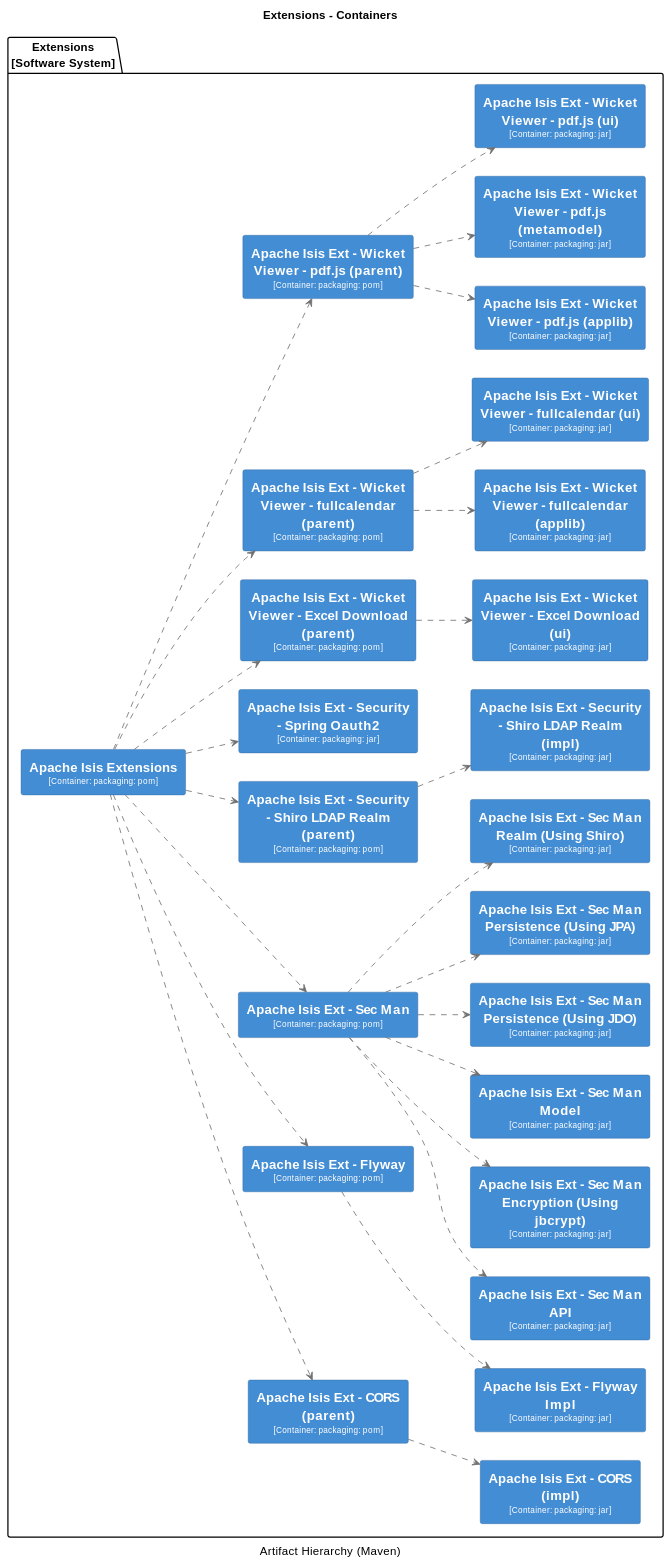
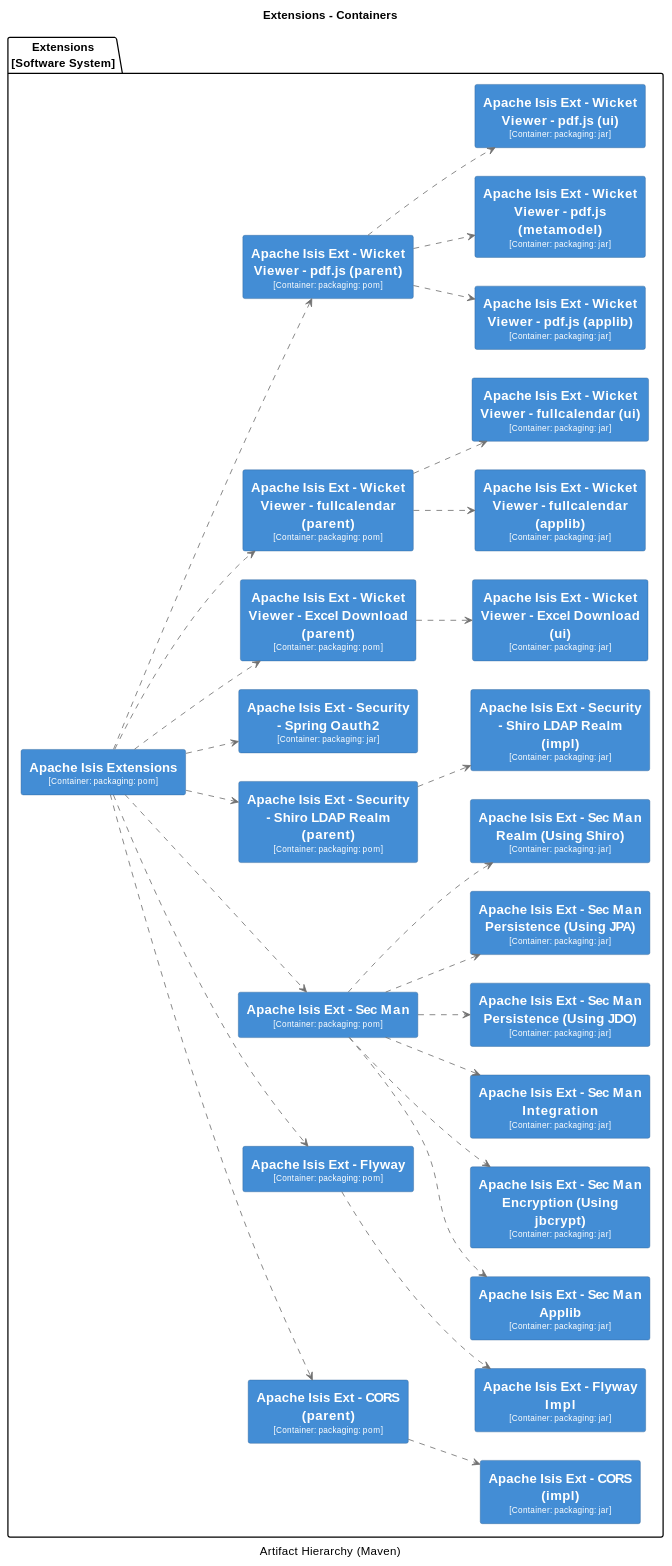
Diagram 24 of 38 in core/adoc/modules/_overview/pages/about.adoc (apache/causeway), drawn with PlantUML before and after one commit. The commit also changed other lines of this file, not shown here.

Commit message:
ISIS-2717: updates projdoc guide

```diff
--- a/core/adoc/modules/_overview/pages/about.adoc
+++ b/core/adoc/modules/_overview/pages/about.adoc
@@ -4060,9 +4076,9 @@
   rectangle "==Apache Isis Ext - Flyway\n<size:10>[Container: packaging: pom]</size>" <<7>> as 7
   rectangle "==Apache Isis Ext - Flyway Impl\n<size:10>[Container: packaging: jar]</size>" <<8>> as 8
   rectangle "==Apache Isis Ext - Sec Man\n<size:10>[Container: packaging: pom]</size>" <<16>> as 16
-  rectangle "==Apache Isis Ext - Sec Man API\n<size:10>[Container: packaging: jar]</size>" <<17>> as 17
+  rectangle "==Apache Isis Ext - Sec Man Applib\n<size:10>[Container: packaging: jar]</size>" <<17>> as 17
   rectangle "==Apache Isis Ext - Sec Man Encryption (Using jbcrypt)\n<size:10>[Container: packaging: jar]</size>" <<18>> as 18
-  rectangle "==Apache Isis Ext - Sec Man Model\n<size:10>[Container: packaging: jar]</size>" <<19>> as 19
+  rectangle "==Apache Isis Ext - Sec Man Integration\n<size:10>[Container: packaging: jar]</size>" <<19>> as 19
   rectangle "==Apache Isis Ext - Sec Man Persistence (Using JDO)\n<size:10>[Container: packaging: jar]</size>" <<20>> as 20
   rectangle "==Apache Isis Ext - Sec Man Persistence (Using JPA)\n<size:10>[Container: packaging: jar]</size>" <<21>> as 21
   rectangle "==Apache Isis Ext - Sec Man Realm (Using Shiro)\n<size:10>[Container: packaging: jar]</size>" <<22>> as 22
```
